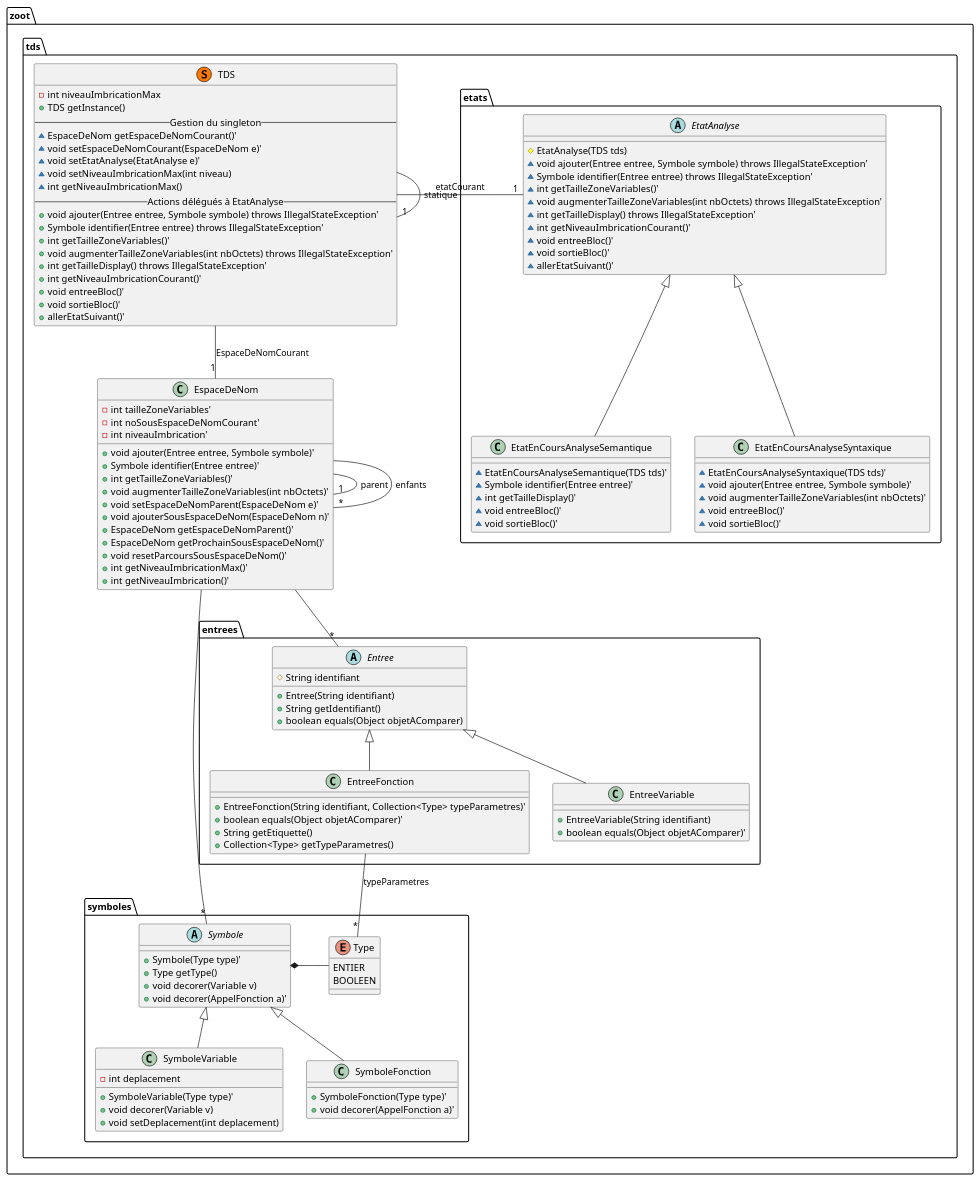
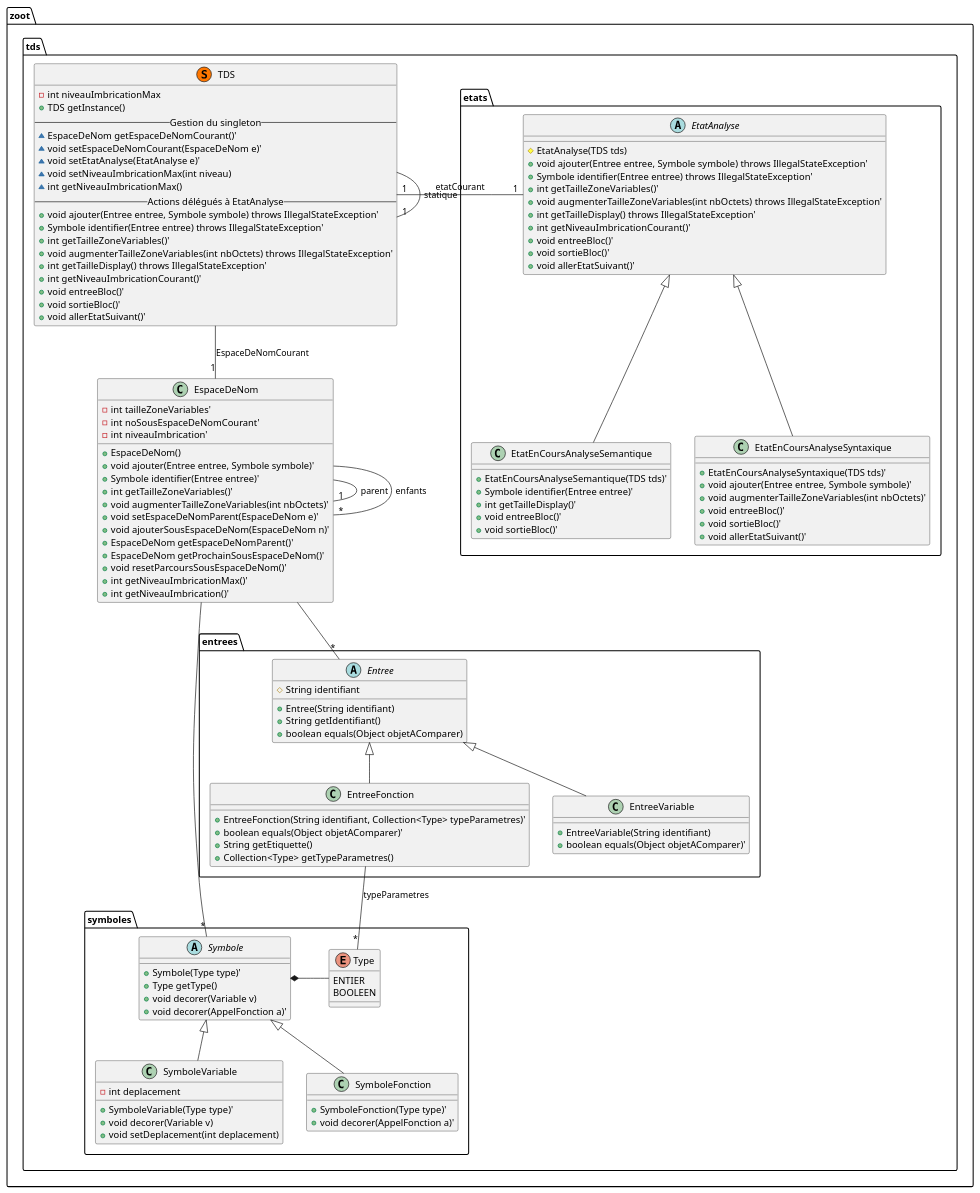
The diagram in diagrammes/classe/tds.puml (lmtb06/zoot), drawn with PlantUML before and after one commit.

Commit message:
Correction du diagramme de classe du package tds
# Détails :
 - Correction signature allerEtatSuivant() de la classe TDS
 - Correction signature allerEtatSuivant() de la classe EtatAnalyse et de ses descendants
 - Correction oublie du constructeur EspaceDeNom()
 - Correction scope des fonction de EtatAnalyse et de ses descendant
 - Correction relation TDS et EtatAnalyse

```diff
--- a/diagrammes/classe/tds.puml
+++ b/diagrammes/classe/tds.puml
@@ -1,142 +1,144 @@
 @startuml "tds"
 
 namespace zoot.tds {
   ' Includes
 
   ' Classes
   class TDS << (S,#FF7700) >> {
     - int niveauImbricationMax
     + TDS getInstance()
     -- Gestion du singleton --
     ~ EspaceDeNom getEspaceDeNomCourant()'
     ~ void setEspaceDeNomCourant(EspaceDeNom e)'
     ~ void setEtatAnalyse(EtatAnalyse e)'
     ~ void setNiveauImbricationMax(int niveau)
     ~ int getNiveauImbricationMax()
     -- Actions délégués à EtatAnalyse --
     + void ajouter(Entree entree, Symbole symbole) throws IllegalStateException'
     + Symbole identifier(Entree entree) throws IllegalStateException'
     + int getTailleZoneVariables()'
     + void augmenterTailleZoneVariables(int nbOctets) throws IllegalStateException'
     + int getTailleDisplay() throws IllegalStateException'
     + int getNiveauImbricationCourant()'
     + void entreeBloc()'
     + void sortieBloc()'
-    + allerEtatSuivant()'
+    + void allerEtatSuivant()'
   }
 
   class EspaceDeNom {
     - int tailleZoneVariables'
     - int noSousEspaceDeNomCourant'
     - int niveauImbrication'
+    + EspaceDeNom()
     + void ajouter(Entree entree, Symbole symbole)'
     + Symbole identifier(Entree entree)'
     + int getTailleZoneVariables()'
     + void augmenterTailleZoneVariables(int nbOctets)'
     + void setEspaceDeNomParent(EspaceDeNom e)'
     + void ajouterSousEspaceDeNom(EspaceDeNom n)'
     + EspaceDeNom getEspaceDeNomParent()'
     + EspaceDeNom getProchainSousEspaceDeNom()'
     + void resetParcoursSousEspaceDeNom()'
     + int getNiveauImbricationMax()'
     + int getNiveauImbrication()'
   }
 
   namespace etats {
     abstract EtatAnalyse {
       # EtatAnalyse(TDS tds)
-      ~ void ajouter(Entree entree, Symbole symbole) throws IllegalStateException'
-      ~ Symbole identifier(Entree entree) throws IllegalStateException'
-      ~ int getTailleZoneVariables()'
-      ~ void augmenterTailleZoneVariables(int nbOctets) throws IllegalStateException'
-      ~ int getTailleDisplay() throws IllegalStateException'
-      ~ int getNiveauImbricationCourant()'
-      ~ void entreeBloc()'
-      ~ void sortieBloc()'
-      ~ allerEtatSuivant()'
+      + void ajouter(Entree entree, Symbole symbole) throws IllegalStateException'
+      + Symbole identifier(Entree entree) throws IllegalStateException'
+      + int getTailleZoneVariables()'
+      + void augmenterTailleZoneVariables(int nbOctets) throws IllegalStateException'
+      + int getTailleDisplay() throws IllegalStateException'
+      + int getNiveauImbricationCourant()'
+      + void entreeBloc()'
+      + void sortieBloc()'
+      + void allerEtatSuivant()'
     }
 
     class EtatEnCoursAnalyseSyntaxique {
-      ~ EtatEnCoursAnalyseSyntaxique(TDS tds)'
-      ~ void ajouter(Entree entree, Symbole symbole)'
-      ~ void augmenterTailleZoneVariables(int nbOctets)'
-      ~ void entreeBloc()'
-      ~ void sortieBloc()'
+      + EtatEnCoursAnalyseSyntaxique(TDS tds)'
+      + void ajouter(Entree entree, Symbole symbole)'
+      + void augmenterTailleZoneVariables(int nbOctets)'
+      + void entreeBloc()'
+      + void sortieBloc()'
+      + void allerEtatSuivant()'
     }
 
     class EtatEnCoursAnalyseSemantique {
-      ~ EtatEnCoursAnalyseSemantique(TDS tds)'
-      ~ Symbole identifier(Entree entree)'
-      ~ int getTailleDisplay()'
-      ~ void entreeBloc()'
-      ~ void sortieBloc()'
+      + EtatEnCoursAnalyseSemantique(TDS tds)'
+      + Symbole identifier(Entree entree)'
+      + int getTailleDisplay()'
+      + void entreeBloc()'
+      + void sortieBloc()'
     }
   }
 
 
   namespace entrees {
     abstract class Entree {
       # String identifiant
       + Entree(String identifiant)
       + String getIdentifiant()
       + boolean equals(Object objetAComparer)
     }
 
     class EntreeVariable {
       + EntreeVariable(String identifiant)
       + boolean equals(Object objetAComparer)'
     }
 
     class EntreeFonction {
       + EntreeFonction(String identifiant, Collection<Type> typeParametres)'
       + boolean equals(Object objetAComparer)'
       + String getEtiquette()
       + Collection<Type> getTypeParametres()
     }
   }
 
   namespace symboles {
     abstract class Symbole {
       + Symbole(Type type)'
       + Type getType()
       + void decorer(Variable v)
       + void decorer(AppelFonction a)'
     }
 
     class SymboleVariable {
       - int deplacement
       + SymboleVariable(Type type)'
       + void decorer(Variable v)
       + void setDeplacement(int deplacement)
     }
 
     class SymboleFonction {
       + SymboleFonction(Type type)'
       + void decorer(AppelFonction a)'
     }
 
     enum Type {
       ENTIER
       BOOLEEN
     }
   }
 
   ' Relations entre les classes
   TDS --"1" TDS : statique
   TDS --"1" EspaceDeNom : EspaceDeNomCourant
-  TDS -left-"1" EtatAnalyse : etatCourant
+  TDS "1"-left-"1" EtatAnalyse : etatCourant
   EspaceDeNom --"*" Entree
   EspaceDeNom --"*" Symbole
   Symbole *-left- Type
   SymboleVariable -up-|> Symbole
   EntreeVariable -up-|> Entree
   SymboleFonction -up-|> Symbole
   EntreeFonction -up-|> Entree
   EntreeFonction --"*" Type : typeParametres
   EtatEnCoursAnalyseSemantique -up-|> EtatAnalyse
   EtatEnCoursAnalyseSyntaxique -up-|> EtatAnalyse
   EspaceDeNom --"1" EspaceDeNom : parent
   EspaceDeNom --"*" EspaceDeNom : enfants
 }
 
 @enduml
```
